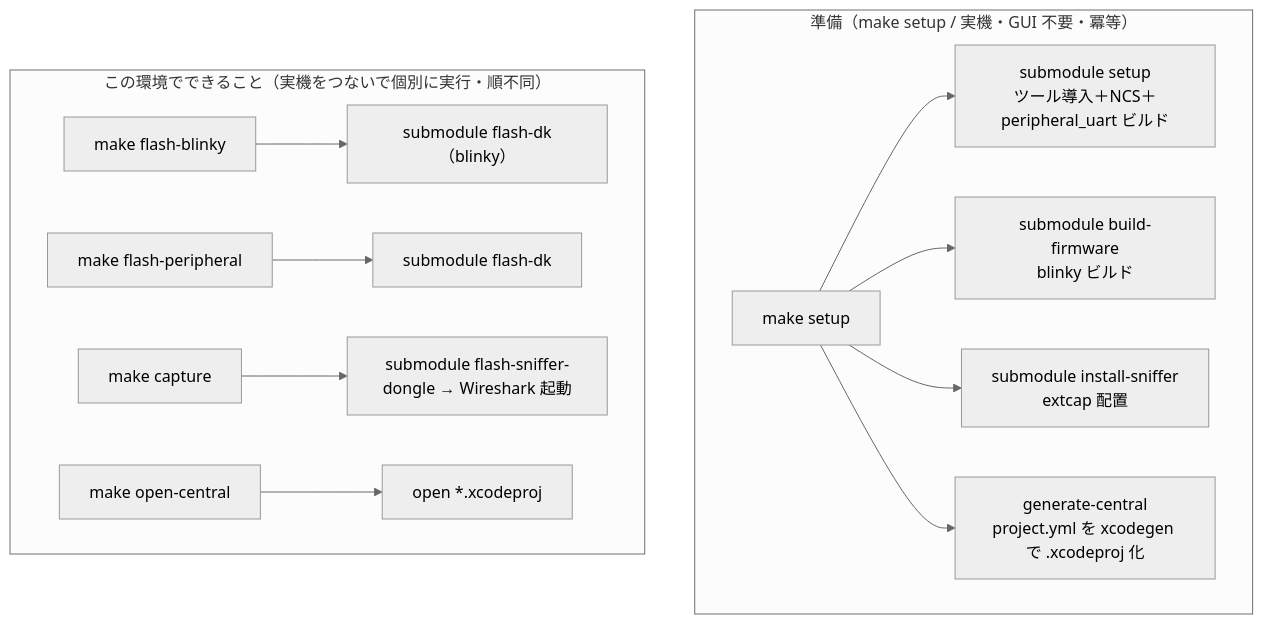
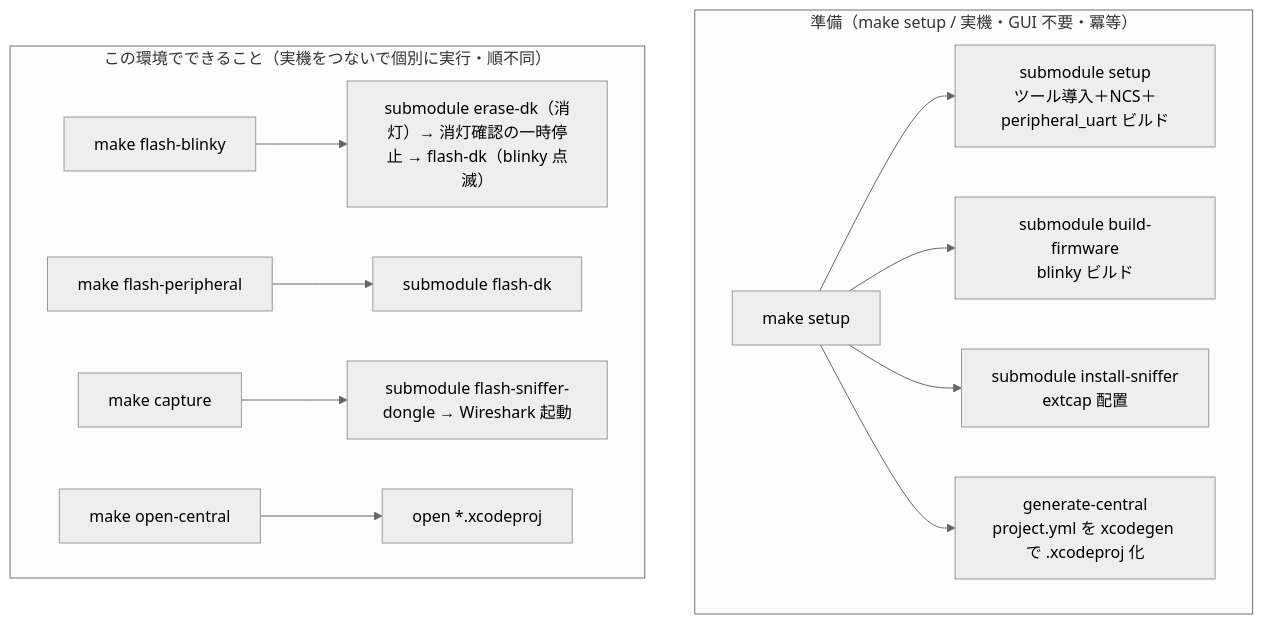
The second of 5 diagrams in docs/DESIGN-001.md (kokiTakashiki/CoreBluetoothDevelopmentBootstrap), drawn with Mermaid (neutral theme) before and after one commit. The commit also changed other lines of this file and 2 other files, not shown here.

First line of the commit message:
feat(flash-blinky): 全消去→消灯確認→書き込みで観測可能な OFF→ON 差分を作る

````diff
--- a/docs/DESIGN-001.md
+++ b/docs/DESIGN-001.md
@@ -102,17 +102,17 @@
 ```mermaid
 graph TD
     subgraph build["準備（make setup / 実機・GUI 不要・冪等）"]
         setup["make setup"]
         setup --> s1["submodule setup<br/>ツール導入＋NCS＋peripheral_uart ビルド"]
         setup --> s2["submodule build-firmware<br/>blinky ビルド"]
         setup --> s3["submodule install-sniffer<br/>extcap 配置"]
         setup --> s4["generate-central<br/>project.yml を xcodegen で .xcodeproj 化"]
     end
 
     subgraph play["この環境でできること（実機をつないで個別に実行・順不同）"]
-        fb["make flash-blinky"] --> p1["submodule flash-dk（blinky）"]
+        fb["make flash-blinky"] --> p1["submodule erase-dk（消灯）→ 消灯確認の一時停止 → flash-dk（blinky 点滅）"]
         fp["make flash-peripheral"] --> p2["submodule flash-dk"]
         cap["make capture"] --> p3["submodule flash-sniffer-dongle → Wireshark 起動"]
         oc["make open-central"] --> p4["open *.xcodeproj"]
     end
 ```
````
